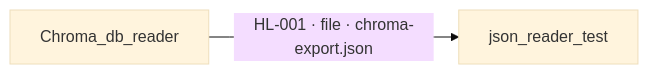
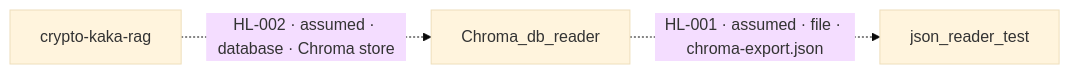
Before and after one commit to rajeshgmv/GItbased-DataLineage: the diagram in lineage_output/cross-boundary-lineage.md, drawn with Mermaid (base theme). The commit also changed other lines of this file and 1 other file, not shown here.

````diff
--- a/lineage_output/cross-boundary-lineage.md
+++ b/lineage_output/cross-boundary-lineage.md
@@ -23,6 +27,8 @@
 ```mermaid
 flowchart LR
   APP_001["Chroma_db_reader"]
-  APP_002["json_reader_test"]
-  APP_001 -->|"HL-001 · file · chroma-export.json"| APP_002
+  APP_002["crypto-kaka-rag"]
+  APP_003["json_reader_test"]
+  APP_001 -.->|"HL-001 · assumed · file · chroma-export.json"| APP_003
+  APP_002 -.->|"HL-002 · assumed · database · Chroma store"| APP_001
 ```
````
